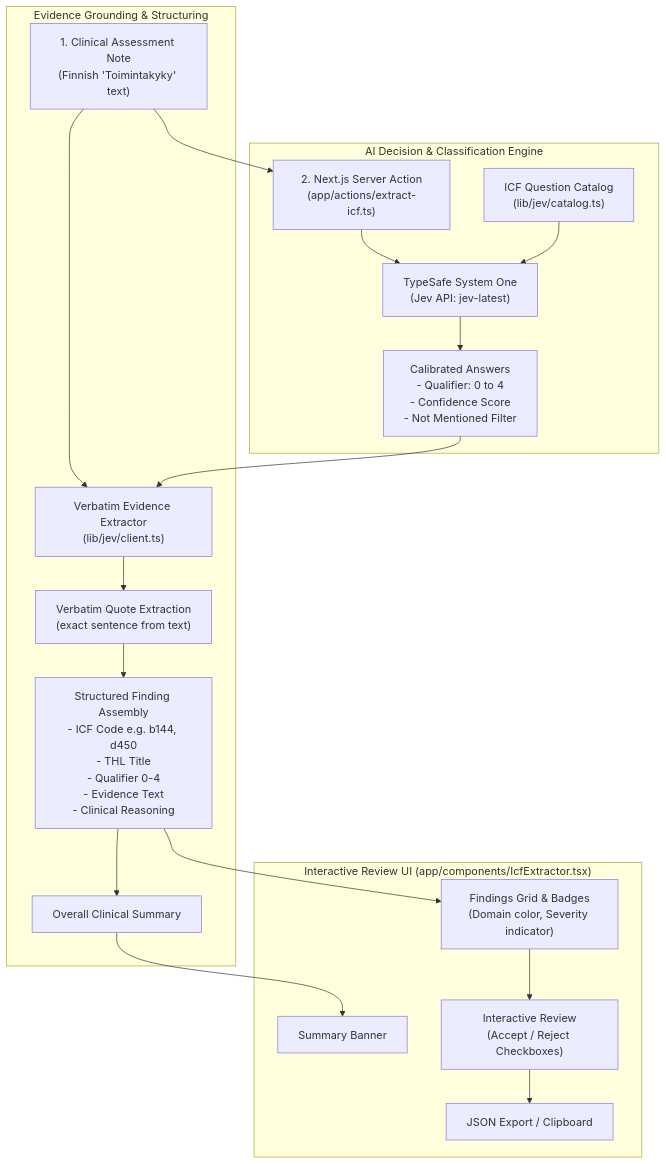
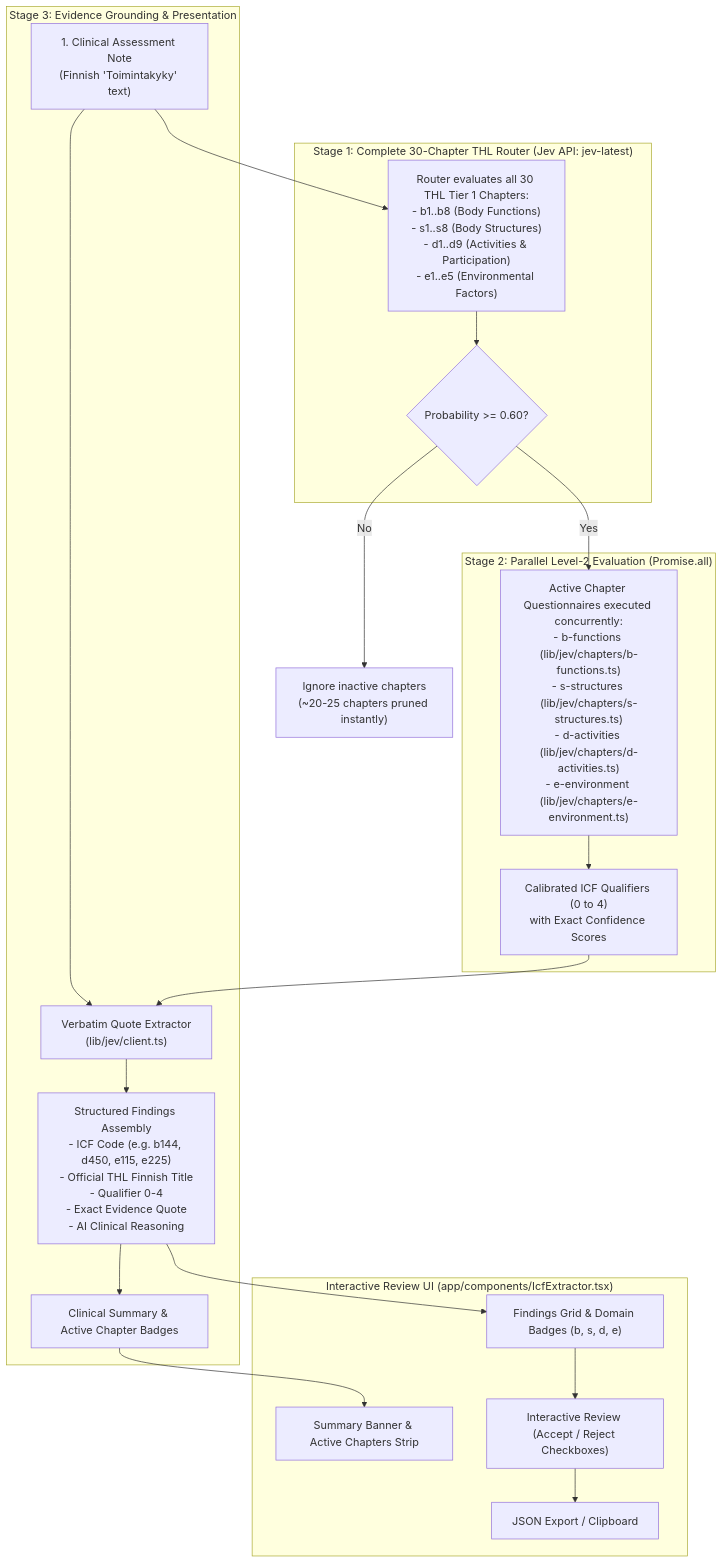
One commit to jarivuonos/icf-code-extractor changed the diagram in README.md. Above: the diagram before and after it, drawn with Mermaid. The commit also changed other lines of this file and 10 other files, not shown here.

````diff
--- a/README.md
+++ b/README.md
@@ -13,25 +13,31 @@
 ```mermaid
 flowchart TD
-    A["1. Clinical Assessment Note\n(Finnish 'Toimintakyky' text)"] --> B["2. Next.js Server Action\n(app/actions/extract-icf.ts)"]
+    Note["1. Clinical Assessment Note\n(Finnish 'Toimintakyky' text)"] --> S1
 
-    subgraph Evaluation ["AI Decision & Classification Engine"]
-        B --> C["TypeSafe System One\n(Jev API: jev-latest)"]
-        D["ICF Question Catalog\n(lib/jev/catalog.ts)"] --> C
-        C --> E["Calibrated Answers\n- Qualifier: 0 to 4\n- Confidence Score\n- Not Mentioned Filter"]
+    subgraph Stage1 ["Stage 1: Complete 30-Chapter THL Router (Jev API: jev-latest)"]
+        S1["Router evaluates all 30 THL Tier 1 Chapters:\n- b1..b8 (Body Functions)\n- s1..s8 (Body Structures)\n- d1..d9 (Activities & Participation)\n- e1..e5 (Environmental Factors)"]
+        S1 --> Gate{"Probability >= 0.60?"}
     end
 
-    subgraph EvidenceAndFormatting ["Evidence Grounding & Structuring"]
-        A --> F["Verbatim Evidence Extractor\n(lib/jev/client.ts)"]
-        E --> F
-        F --> G["Verbatim Quote Extraction\n(exact sentence from text)"]
-        G --> H["Structured Finding Assembly\n- ICF Code e.g. b144, d450\n- THL Title\n- Qualifier 0-4\n- Evidence Text\n- Clinical Reasoning"]
-        H --> I["Overall Clinical Summary"]
+    Gate -- No --> Ignore["Ignore inactive chapters\n(~20-25 chapters pruned instantly)"]
+    Gate -- Yes --> S2
+
+    subgraph Stage2 ["Stage 2: Parallel Level-2 Evaluation (Promise.all)"]
+        S2["Active Chapter Questionnaires executed concurrently:\n- b-functions (lib/jev/chapters/b-functions.ts)\n- s-structures (lib/jev/chapters/s-structures.ts)\n- d-activities (lib/jev/chapters/d-activities.ts)\n- e-environment (lib/jev/chapters/e-environment.ts)"]
+        S2 --> Answers["Calibrated ICF Qualifiers (0 to 4)\nwith Exact Confidence Scores"]
+    end
+
+    subgraph EvidenceAndOutput ["Stage 3: Evidence Grounding & Presentation"]
+        Note --> Verbatim["Verbatim Quote Extractor\n(lib/jev/client.ts)"]
+        Answers --> Verbatim
+        Verbatim --> Output["Structured Findings Assembly\n- ICF Code (e.g. b144, d450, e115, e225)\n- Official THL Finnish Title\n- Qualifier 0-4\n- Exact Evidence Quote\n- AI Clinical Reasoning"]
+        Output --> Summary["Clinical Summary & Active Chapter Badges"]
     end
 
     subgraph ClientUI ["Interactive Review UI (app/components/IcfExtractor.tsx)"]
-        I --> J["Summary Banner"]
-        H --> K["Findings Grid & Badges\n(Domain color, Severity indicator)"]
-        K --> L["Interactive Review\n(Accept / Reject Checkboxes)"]
+        Summary --> J["Summary Banner & Active Chapters Strip"]
+        Output --> K["Findings Grid & Domain Badges (b, s, d, e)"]
+        K --> L["Interactive Review (Accept / Reject Checkboxes)"]
         L --> M["JSON Export / Clipboard"]
     end
 ```
````
